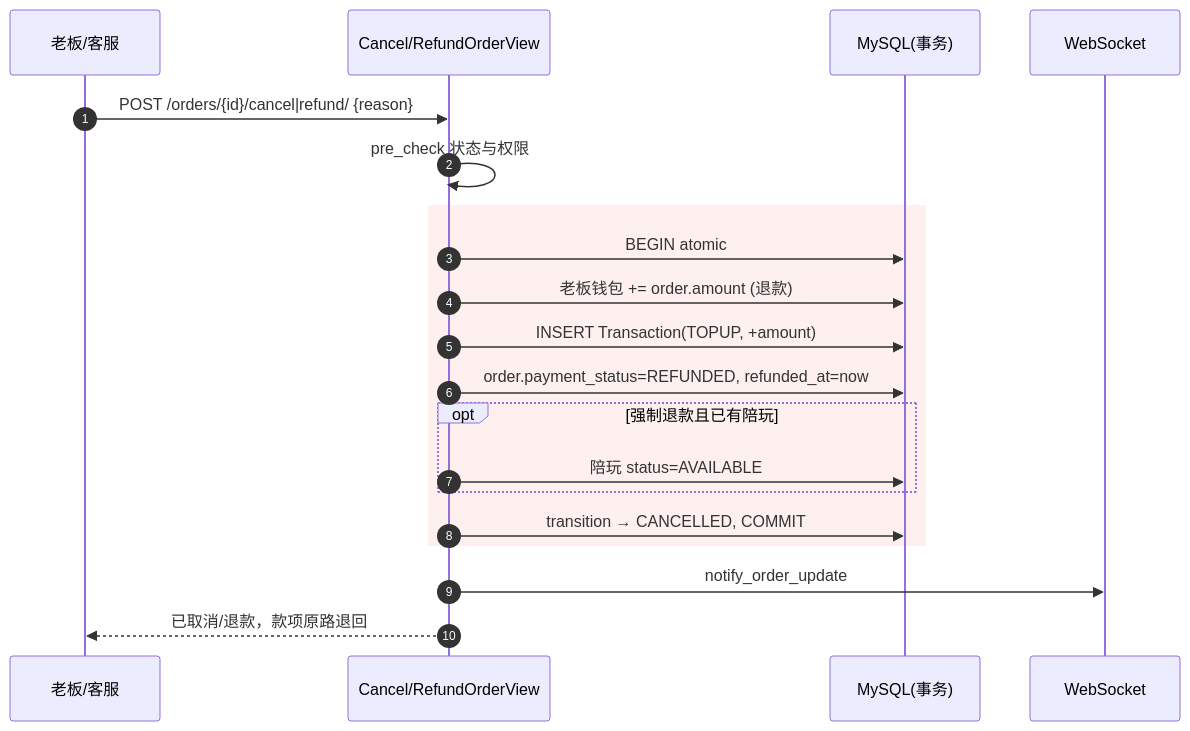
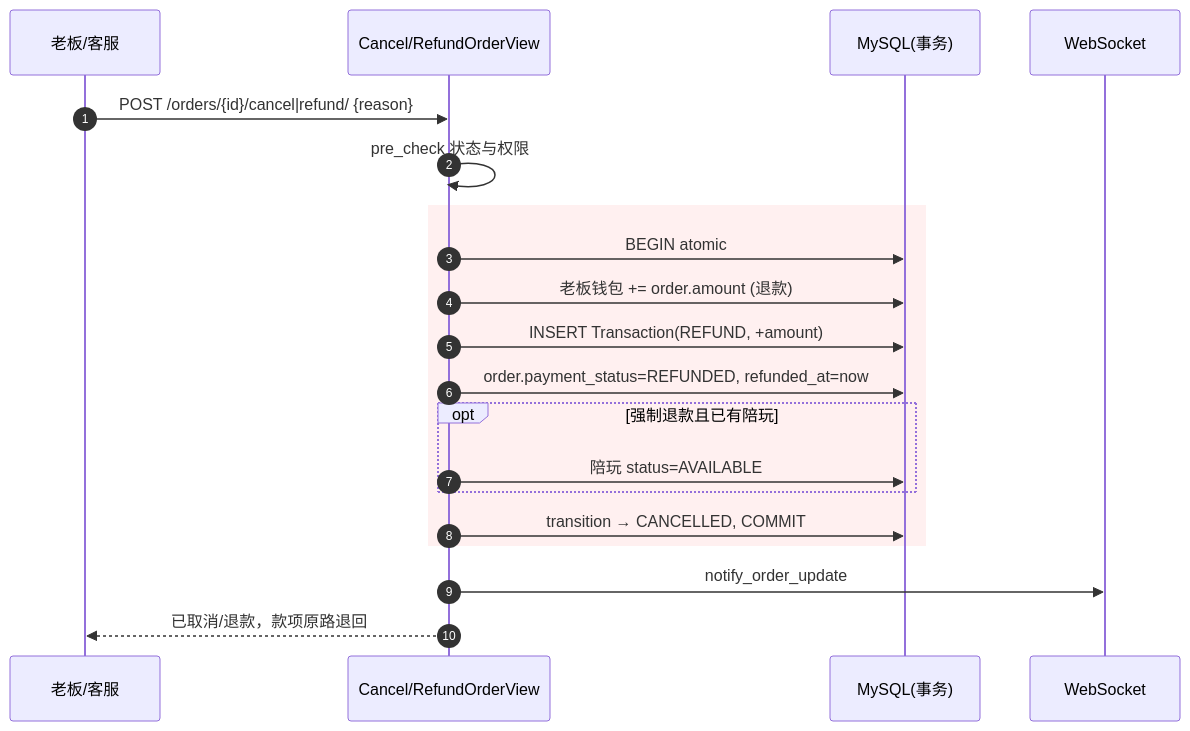
The fourth of 9 diagrams in docs/Sequence.md (Ryuchen/XA), drawn with Mermaid before and after one commit. The commit also changed other lines of this file and 75 other files, not shown here.

````diff
--- a/docs/Sequence.md
+++ b/docs/Sequence.md
@@ -144,23 +144,23 @@
 ```mermaid
 sequenceDiagram
     autonumber
     participant U as 老板/客服
     participant API as Cancel/RefundOrderView
     participant DB as MySQL(事务)
     participant WS as WebSocket
 
     U->>API: POST /orders/{id}/cancel|refund/ {reason}
     API->>API: pre_check 状态与权限
     rect rgb(255,240,240)
     API->>DB: BEGIN atomic
     API->>DB: 老板钱包 += order.amount (退款)
-    API->>DB: INSERT Transaction(TOPUP, +amount)
+    API->>DB: INSERT Transaction(REFUND, +amount)
     API->>DB: order.payment_status=REFUNDED, refunded_at=now
     opt 强制退款且已有陪玩
         API->>DB: 陪玩 status=AVAILABLE
     end
     API->>DB: transition → CANCELLED, COMMIT
     end
     API->>WS: notify_order_update
     API-->>U: 已取消/退款，款项原路退回
 ```
````
